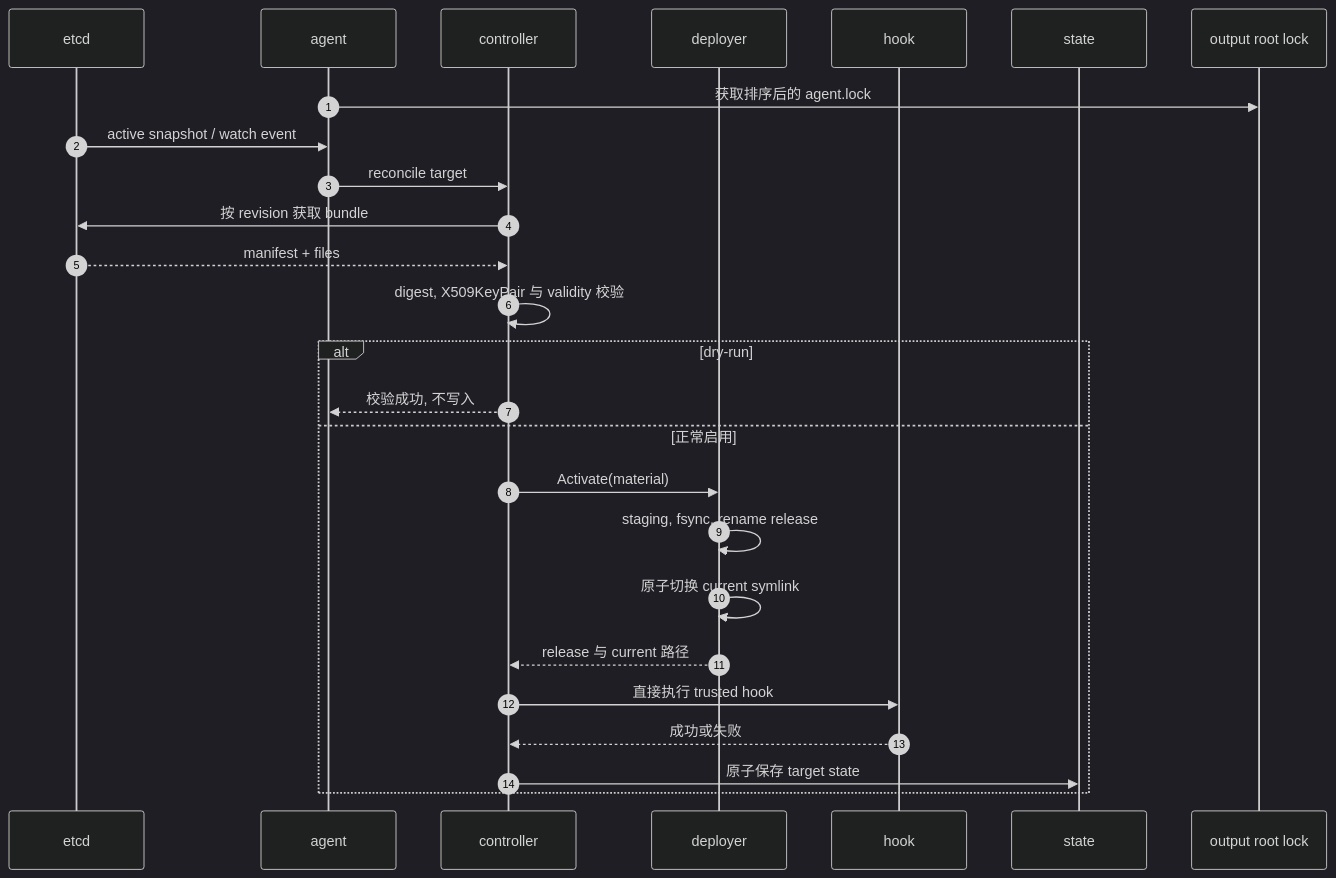
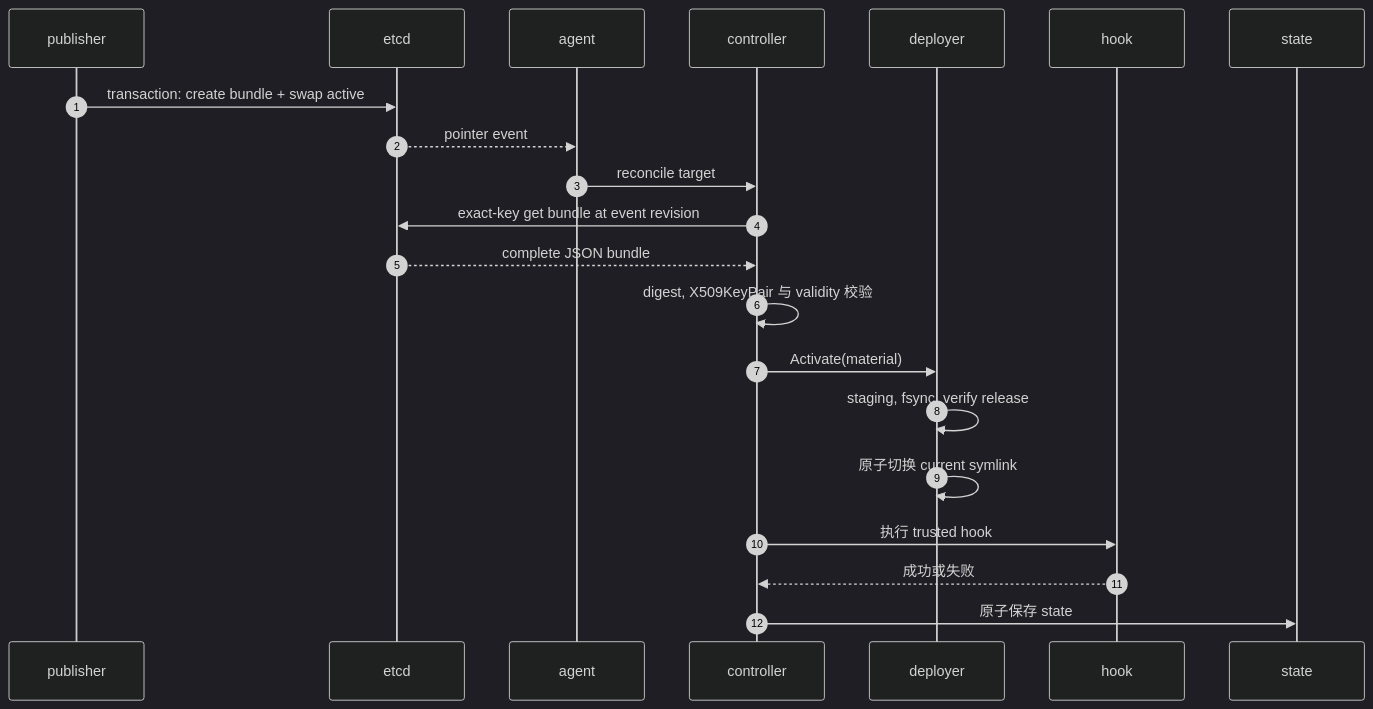
The diagram in .agents/skills/repo-architecture/references/architecture.md (lwmacct/260907-pemcast), drawn with Mermaid (dark theme) before and after one commit. The commit also changed other lines of this file and 21 other files, not shown here.

````diff
--- a/.agents/skills/repo-architecture/references/architecture.md
+++ b/.agents/skills/repo-architecture/references/architecture.md
@@ -26,29 +24,24 @@
 ```mermaid
 sequenceDiagram
     autonumber
+    participant P as publisher
     participant E as etcd
     participant A as agent
     participant C as controller
     participant D as deployer
     participant H as hook
     participant S as state
-    participant L as output root lock
 
-    A->>L: 获取排序后的 agent.lock
-    E->>A: active snapshot / watch event
+    P->>E: transaction: create bundle + swap active
+    E-->>A: pointer event
     A->>C: reconcile target
-    C->>E: 按 revision 获取 bundle
-    E-->>C: manifest + files
+    C->>E: exact-key get bundle at event revision
+    E-->>C: complete JSON bundle
     C->>C: digest, X509KeyPair 与 validity 校验
-    alt dry-run
-        C-->>A: 校验成功, 不写入
-    else 正常启用
-        C->>D: Activate(material)
-        D->>D: staging, fsync, rename release
-        D->>D: 原子切换 current symlink
-        D-->>C: release 与 current 路径
-        C->>H: 直接执行 trusted hook
-        H-->>C: 成功或失败
-        C->>S: 原子保存 target state
-    end
+    C->>D: Activate(material)
+    D->>D: staging, fsync, verify release
+    D->>D: 原子切换 current symlink
+    C->>H: 执行 trusted hook
+    H-->>C: 成功或失败
+    C->>S: 原子保存 state
 ```
````
